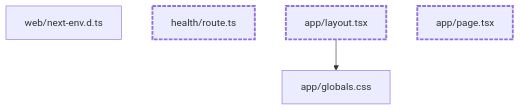
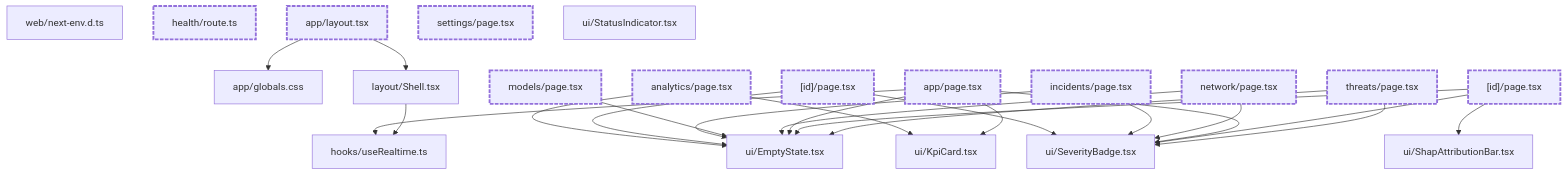
Before and after one commit to ErdemYy/NetSentry: the diagram in .ai/graph/views/subsystem-apps-web-8972e2.mmd, drawn with Mermaid. The commit also changed 59 other files, not shown here.

```diff
--- a/.ai/graph/views/subsystem-apps-web-8972e2.mmd
+++ b/.ai/graph/views/subsystem-apps-web-8972e2.mmd
@@ -1,17 +1,52 @@
 %% project-intel graph view: Subsystem: apps/web
-%% mode=subsystem level=file nodes=5 edges=1
+%% mode=subsystem level=file nodes=20 edges=21
 flowchart TD
+  n427f1ee2["ui/EmptyState.tsx"]
+  n125c5857["ui/SeverityBadge.tsx"]
+  ncd405606["ui/KpiCard.tsx"]
+  n0daee931["hooks/useRealtime.ts"]
   n4306ffba["app/globals.css"]
+  n22e41f8d["layout/Shell.tsx"]
+  n2aad2718["ui/ShapAttributionBar.tsx"]
   n8076096b["web/next-env.d.ts"]
+  n0a3f4a7b["analytics/page.tsx"]
   ne0eb2c1f["health/route.ts"]
+  n2c8c81d7["[id]/page.tsx"]
+  n84e1830b["incidents/page.tsx"]
   nf79a94b8["app/layout.tsx"]
+  n9e62018c["models/page.tsx"]
+  ne592b24f["network/page.tsx"]
   n0d6d11c3["app/page.tsx"]
+  n90ba88dc["settings/page.tsx"]
+  n84be801d["[id]/page.tsx"]
+  n5881f91c["threats/page.tsx"]
+  n090b7b19["ui/StatusIndicator.tsx"]
+  n0a3f4a7b --> n427f1ee2
+  n0a3f4a7b --> ncd405606
+  n2c8c81d7 --> n427f1ee2
+  n2c8c81d7 --> n125c5857
+  n84e1830b --> n427f1ee2
+  n84e1830b --> n125c5857
   nf79a94b8 --> n4306ffba
+  nf79a94b8 --> n22e41f8d
+  n9e62018c --> n427f1ee2
+  ne592b24f --> n427f1ee2
+  ne592b24f --> n125c5857
+  n0d6d11c3 --> n427f1ee2
+  n0d6d11c3 --> ncd405606
+  n0d6d11c3 --> n125c5857
+  n0d6d11c3 --> n0daee931
+  n84be801d --> n427f1ee2
+  n84be801d --> n125c5857
+  n84be801d --> n2aad2718
+  n5881f91c --> n427f1ee2
+  n5881f91c --> n125c5857
+  n22e41f8d --> n0daee931
   classDef surface stroke-width:3px;
   classDef entry stroke-width:3px,stroke-dasharray:6 2;
   classDef external stroke-dasharray:4 3;
   classDef outside stroke-dasharray:2 2;
   classDef target fill:#fff3b0,stroke:#555555;
   classDef note stroke-dasharray:4 3;
-  class n0d6d11c3,ne0eb2c1f,nf79a94b8 surface;
-  class n0d6d11c3,ne0eb2c1f,nf79a94b8 entry;
+  class n0a3f4a7b,n0d6d11c3,n2c8c81d7,n5881f91c,n84be801d,n84e1830b,n90ba88dc,n9e62018c,ne0eb2c1f,ne592b24f,nf79a94b8 surface;
+  class n0a3f4a7b,n0d6d11c3,n2c8c81d7,n5881f91c,n84be801d,n84e1830b,n90ba88dc,n9e62018c,ne0eb2c1f,ne592b24f,nf79a94b8 entry;
```
